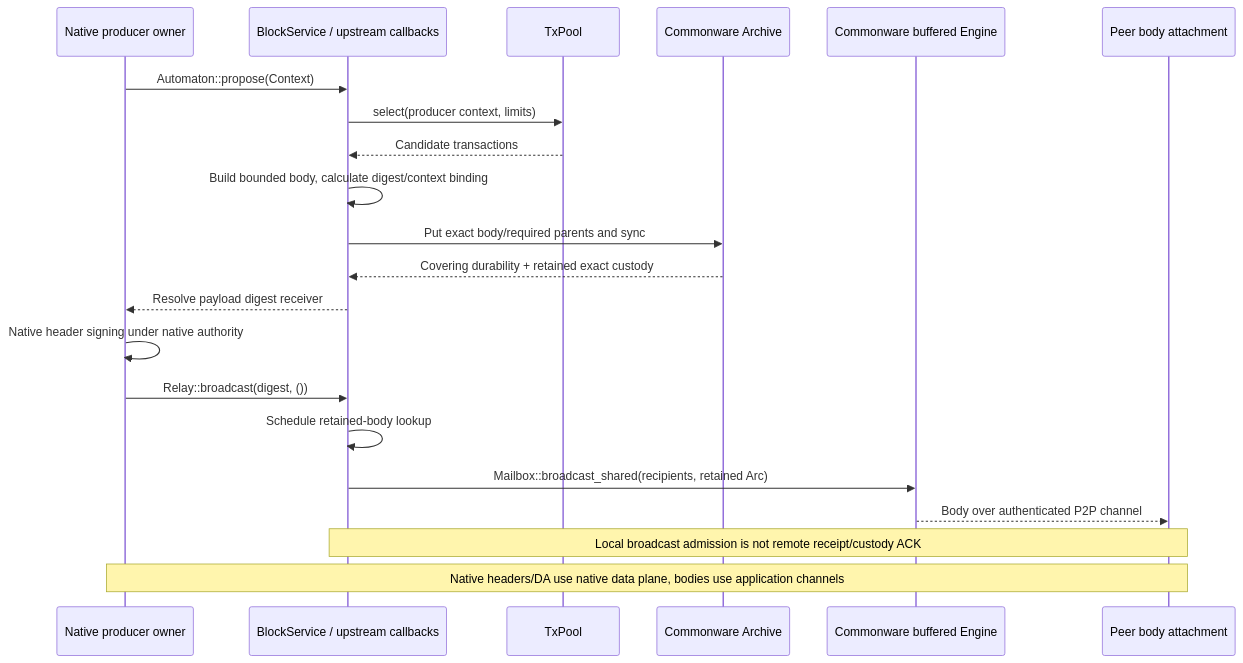
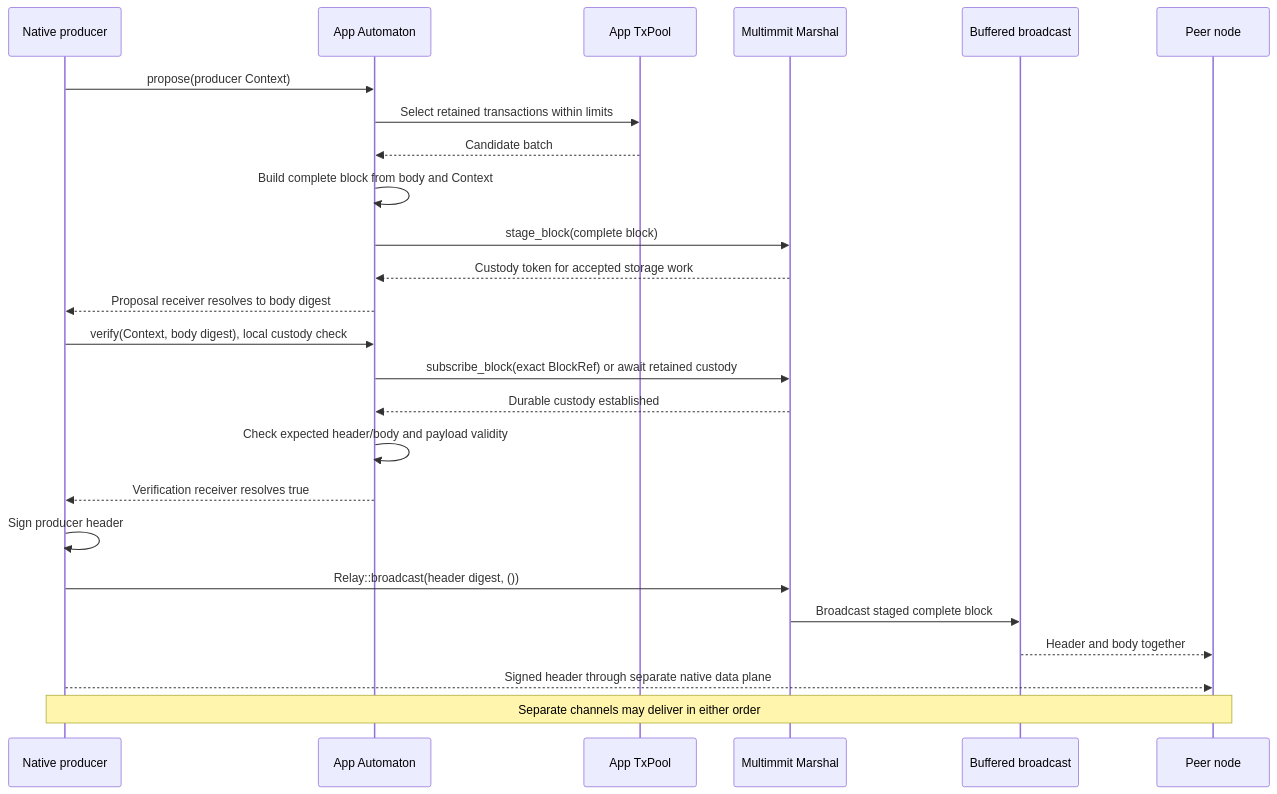
Before and after one commit to djm07073/baton-research: the first of 2 diagrams in docs/e2e/block-body.md, drawn with Mermaid. The commit also changed other lines of this file and 292 other files, not shown here.

````diff
--- a/docs/e2e/block-body.md
+++ b/docs/e2e/block-body.md
@@ -7,23 +7,27 @@
 ```mermaid
 sequenceDiagram
-    participant N as Native producer owner
-    participant A as BlockService / upstream callbacks
-    participant T as TxPool
-    participant S as Commonware Archive
-    participant D as Commonware buffered Engine
-    participant V as Peer body attachment
-    N->>A: Automaton::propose(Context)
-    A->>T: select(producer context, limits)
-    T-->>A: Candidate transactions
-    A->>A: Build bounded body, calculate digest/context binding
-    A->>S: Put exact body/required parents and sync
-    S-->>A: Covering durability + retained exact custody
-    A-->>N: Resolve payload digest receiver
-    N->>N: Native header signing under native authority
-    N->>A: Relay::broadcast(digest, ())
-    A->>A: Schedule retained-body lookup
-    A->>D: Mailbox::broadcast_shared(recipients, retained Arc)
-    D-->>V: Body over authenticated P2P channel
-    Note over A,V: Local broadcast admission is not remote receipt/custody ACK
-    Note over N,V: Native headers/DA use native data plane, bodies use application channels
+    participant N as Native producer
+    participant A as App Automaton
+    participant P as App TxPool
+    participant M as Multimmit Marshal
+    participant B as Buffered broadcast
+    participant R as Peer node
+    N->>A: propose(producer Context)
+    A->>P: Select retained transactions within limits
+    P-->>A: Candidate batch
+    A->>A: Build complete block from body and Context
+    A->>M: stage_block(complete block)
+    M-->>A: Custody token for accepted storage work
+    A-->>N: Proposal receiver resolves to body digest
+    N->>A: verify(Context, body digest), local custody check
+    A->>M: subscribe_block(exact BlockRef) or await retained custody
+    M-->>A: Durable custody established
+    A->>A: Check expected header/body and payload validity
+    A-->>N: Verification receiver resolves true
+    N->>N: Sign producer header
+    N->>M: Relay::broadcast(header digest, ())
+    M->>B: Broadcast staged complete block
+    B-->>R: Header and body together
+    N-->>R: Signed header through separate native data plane
+    Note over N,R: Separate channels may deliver in either order
 ```
````
